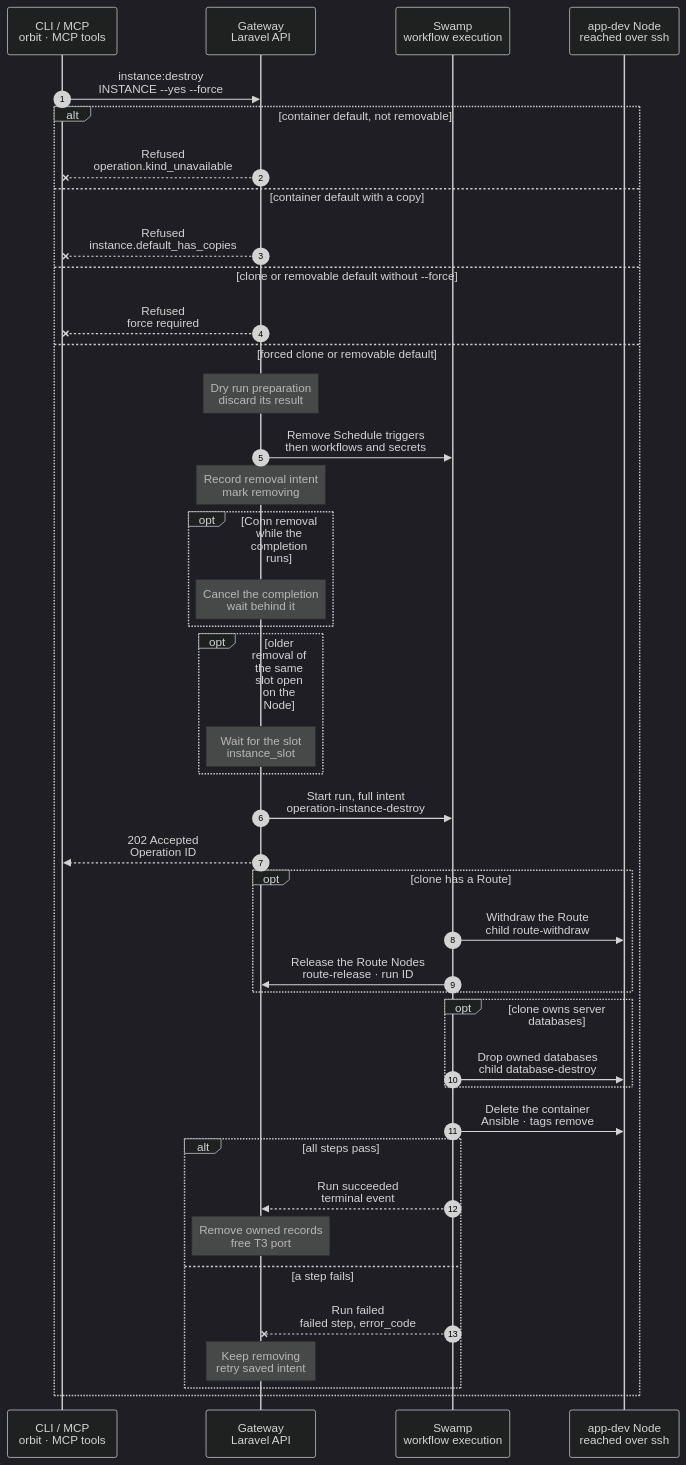
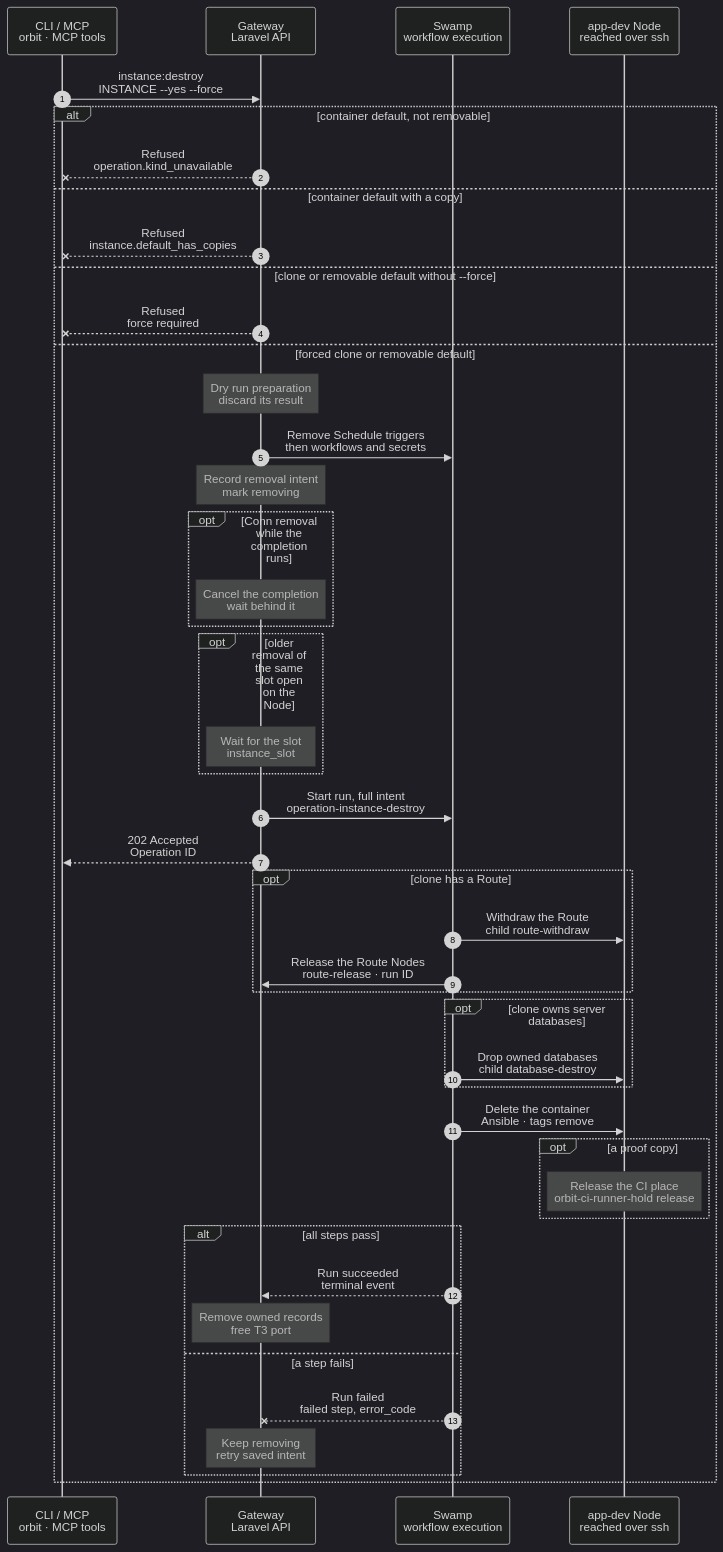
One commit to hardimpactdev/orbit changed the diagram in docs/cli/instance/container/destroy.mmd. Above: the diagram before and after it, drawn with Mermaid (dark theme). The commit also changed 1 other file, not shown here.

Commit message:
docs(proof): chart a proof copy's clone on its seed Node, its CI place hold and its release

```diff
--- a/docs/cli/instance/container/destroy.mmd
+++ b/docs/cli/instance/container/destroy.mmd
@@ -1,133 +1,143 @@
 sequenceDiagram
   %% Container cleanup: a clone, a migrated Instance, or a nested-fleet trial default. Conn admission precedes this forced engine; CLI admission keeps its existing rules.
   %% status: draft
   %% command: instance:destroy
   %% kind: instance.destroy
   autonumber
   %% lane CLI icon=terminal pill=caller tone=gray
   %% lane GW icon=gateway pill=intent tone=blue
   %% lane SW icon=workflow pill=executes tone=green
   %% lane N icon=server pill=target tone=amber
   participant CLI as CLI / MCP<br/>orbit · MCP tools
   participant GW as Gateway<br/>Laravel API
   participant SW as Swamp<br/>workflow execution
   participant N as app-dev Node<br/>reached over ssh
   CLI->>GW: instance:destroy<br/>INSTANCE --yes --force
   %% path: main
   %%> Conn admission:
   %%> - POST /api/v1/conn/instances/ID/destroy requires an Idempotency-Key and acknowledge_unsaved as a JSON boolean
   %%> - the caller needs access to the Instance's Node; a missing Instance is 404
   %%> - a default answers 409 instance.default_protected; a host checkout answers 409 instance.not_container
   %%> - without acknowledgement, answer 409 instance.unsaved_work with unknown state and null counts; no container Git observations exist yet
   %%> - these refusals change no Schedule, Route, database, pairing, environment or Operation, and never probe the container
   %%> - acknowledged removal uses this same engine with force=true; all existing engine blockers keep their codes
   %%> - the same key and request returns the same Operation with 202, including after Instance deletion; a changed request is an idempotency conflict
   %%> - a running completion (`instance.complete`) of the clone does not refuse a Conn removal: see the completion block below
   %%> CLI requirements:
   %%> - Node access to the Instance's Node and no other lifecycle Operation holds the Instance
   %%> - a running completion refuses with `operation.target_busy` and names it in `details.operation_id`
   %%> - a running create is cancelled and the removal is admitted `waiting` behind it (`after_operation_id`), for every caller; it starts when the create has ended
   %%> - a non-default container Instance, cloned or migrated, and a removable default (below); every other default refuses
   %%> - `--force` is required until guarded removal is built; no work or turn check runs
   alt container default, not removable
     %% path: default-unavailable
     GW--xCLI: Refused<br/>operation.kind_unavailable
     %%> When:
     %%> - the default's Project is not on the operator list `ORBIT_INSTANCES_DEFAULT_DESTROY_PROJECTS`
     %%> - so a normal Project's default, and the first nested-fleet default, whose Project is never listed, always refuse
     %%> - a malformed list refuses with `instance.default_destroy_projects_invalid` (500)
     %%> - a retried failed removal of a default needs its Project still on the list
   else container default with a copy
     %% path: default-has-copies
     GW--xCLI: Refused<br/>instance.default_has_copies
     %%> - an Instance of the Project, in any state, has this default as its clone source; remove the copies first
   else clone or removable default without --force
     %% path: force-required
     GW--xCLI: Refused<br/>force required
     %%> Code:
     %%> - `instance.container_destroy_force_required`
   else forced clone or removable default
     %% path: admitted
     %%> A removable default: a default of a Project on the operator list, with no copy left, with or without an inner volume
     Note over GW: Dry run preparation<br/>discard its result
     %%> Result:
     %%> - capture the clone's container identity, Route, Processes and owned databases
     %%> - all callers try the same pure preparation that admission uses; discard its result before any Schedule effect
     %%> - the dry run checks publication Nodes, SSH pins, Caddy, PHP and DNS; it changes no state, records no intent, stages no copy and takes no Route hold
     %%> - keep its runtime row, address and T3 port reserved until terminal success
     %%> - Conn refuses new pairings while the Instance is removing
     GW->>SW: Remove Schedule triggers<br/>then workflows and secrets
     %%> Failure boundary:
     %%> - a validation refusal leaves Schedules untouched; a Schedule removal failure keeps the Instance and Route active and records no destroy Operation
     %%> Fresh admission:
     %%> - if a fact changes after the dry run, admission uses its current value and may refuse; Schedules may already be stopped
     %%> - build all publication, participant, database, member, runtime, Route and root facts fresh in the admission transaction; keep no lock across Schedule calls
     Note over GW: Record removal intent<br/>mark removing
     %%> Result:
     %%> - call the same preparation again inside the admission transaction; record only this fresh intent, then mark the Instance removing and the Route retiring
     opt Conn removal while the completion runs
       %% path: after-completion
       Note over GW: Cancel the completion<br/>wait behind it
       %%> What it does:
       %%> - the same transaction records the completion's cancel and admits the removal `waiting`, with `after_operation_id`
       %%> - after the commit Swamp is asked to stop the completion; the reconciler asks again on each pass
       %%> - the completion's own `withdraw-route` takes back a Route it published
       %%> When:
       %%> - the removal starts when the completion has ended, as a waiting Route write starts
     end
     opt older removal of the same slot open on the Node
       %% path: slot-wait
       Note over GW: Wait for the slot<br/>instance_slot
       %%> Why:
       %%> - the container steps take one of 64 names per Node, `<family>-<node>-<instance id % 64>`; Swamp fails a step that waits 60 s for a name another run holds
       %%> - the removal is admitted `waiting` with `hold_wait_reason: instance_slot` and claims no Node; it starts when the older removal of its slot has ended
     end
     GW->>SW: Start run, full intent<br/>operation-instance-destroy
     GW-->>CLI: 202 Accepted<br/>Operation ID
     opt clone has a Route
       %% path: routed
       SW->>N: Withdraw the Route<br/>child route-withdraw
       %%> Which Nodes:
       %%> - each Node that serves the Route or holds a withdrawn certificate scope; the private DNS Node only when its captured DNS states differ, so an in-TLD clone makes no call to it
       %%> - the Node steps take one of 16 names per Node (`route-withdraw-apply-<node>-<route id % 16>`); a removal whose slot another removal holds on a Node waits in the Gateway until that one has withdrawn
       %%> Caddy publication:
       %%> - one Node-local transaction under the Node lock: read, merge the captured states, compare every other site, scope and record byte for byte, keep the previous generation, test, then commit and reload
       %%> - a change outside the Route refuses with `route.withdraw_foreign_change`, a failed test with its code, locks busy for 30 s with `caddy.publish_busy` or `dns.publish_busy`; every file stays as it was and the normal failure path runs
       SW->>GW: Release the Route Nodes<br/>route-release · run ID
       %%> When:
       %%> - only after the withdrawal held; the container delete writes only this clone's files, so the next Route write on the Node starts now
       %%> If it is refused:
       %%> - the run goes on; the end frees the Nodes, and the result says route_hold_released false
     end
     opt clone owns server databases
       %% path: server-database
       SW->>N: Drop owned databases<br/>child database-destroy
     end
     SW->>N: Delete the container<br/>Ansible · tags remove
     %%> What it does:
     %%> - runs under `id-delete-the-container-<node>-<instance id % 64>`; removals of other slots delete side by side
     %%> - stops and deletes the clone, its Processes, T3 history, snapshots, storage volume and proxy device
     %%> - deleting T3 retires every session and unused pairing link; no T3 call or new vault key is needed
     %%> - removes its `instance-<id>` ACL from Incus project `default`, its owned UFW rules, its Node repository mirror and its private Node mail activation state
     %%> - an Instance whose runtime records an inner volume, a default or its copy: deletes the volume `inner-<id>` with its snapshots after the container; a copy's volume shares blocks with the default's seed until it goes
     %%> - checks that the container, its storage volume and any inner volume are absent; already absent resources are removed
     %%> - the default and sibling clones stay; a migrated Instance's retained Git directory is untouched and can be purged only by hand
+    opt a proof copy
+      Note over N: Release the CI place<br/>orbit-ci-runner-hold release
+      %%> When:
+      %%> - in the same remove phase, only after the container and its volumes are gone; also after a failed create
+      %%> What it does:
+      %%> - removes the copy's hold; when no hold is left on the Node, starts the runners that the holds stopped (docs/reference/node-provisioning.md#proof-places-on-a-ci-node)
+      %%> - a rerun changes nothing; a Node without the `ci-runner` role has no hold script and releases nothing
+      %%> On failure:
+      %%> - the phase fails and the copy stays recorded; the watchdog asks again for every proof group that still owns a copy
+    end
     alt all steps pass
       %% path: succeeded
       SW-->>GW: Run succeeded<br/>terminal event
       Note over GW: Remove owned records<br/>free T3 port
       %%> Result:
       %%> - remove Instance execution copies and Conn's copies, environment and pairings, even while Conn is disabled
       %%> - delete the Route, Processes, owned database records, runtime row and Instance
       %%> - keep `retained_git_path` and `retained_git_at` in the destroy Operation result so retention stays findable after the Instance row goes
       %%> - deleting the runtime row frees the published T3 port and bridge address
     else a step fails
       %% path: removal-failed
       SW--xGW: Run failed<br/>failed step, error_code
       Note over GW: Keep removing<br/>retry saved intent
       %%> Retry:
       %%> - a fresh forced destroy reuses the removal identity and accepts resources already gone
       %%> - after withdrawal the Route stays down; records and the reserved port stay until success
       %%> - the removal records route_withdrawn_at, so the retry skips the withdrawal and holds no Node
     end
   end
```
